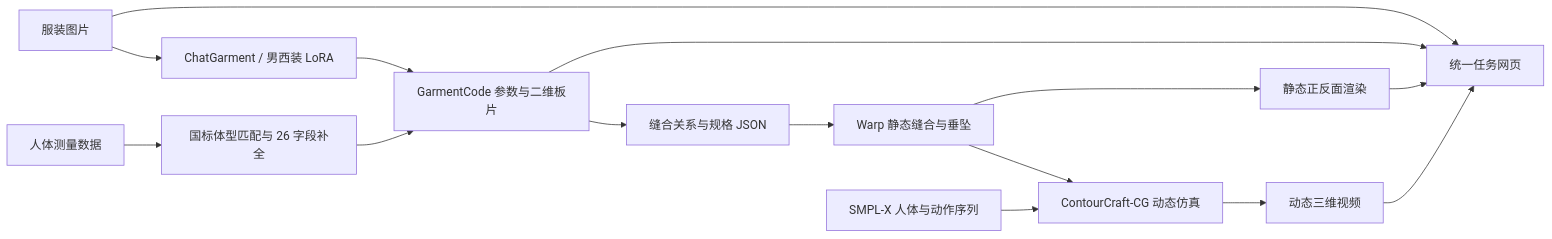
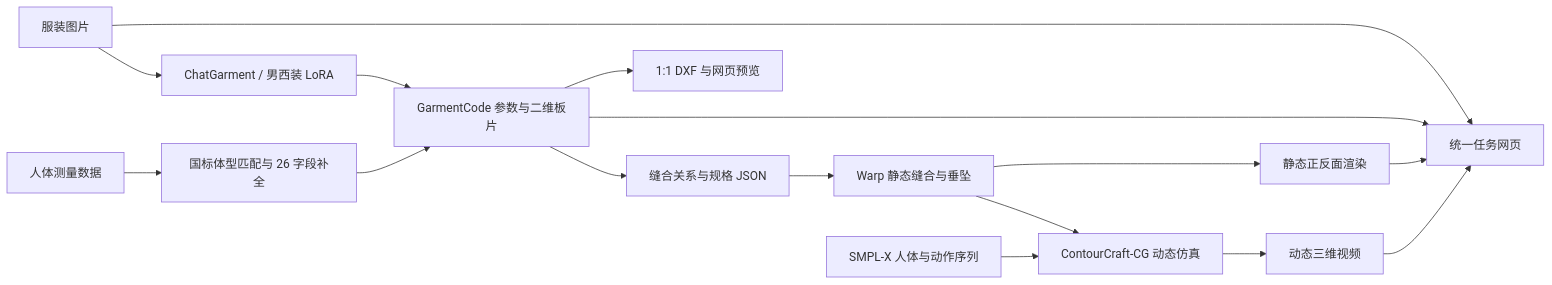
One commit to renyvtao/AI-Garment-Pattern-3D-Demo changed the diagram in README.md. Above: the diagram before and after it, drawn with Mermaid. The commit also changed other lines of this file and 8 other files, not shown here.

````diff
--- a/README.md
+++ b/README.md
@@ -50,17 +53,18 @@
 ```mermaid
 flowchart LR
     A["服装图片"] --> B["ChatGarment / 男西装 LoRA"]
     M["人体测量数据"] --> N["国标体型匹配与 26 字段补全"]
     B --> C["GarmentCode 参数与二维板片"]
     N --> C
     C --> D["缝合关系与规格 JSON"]
+    C --> X["1:1 DXF 与网页预览"]
     D --> E["Warp 静态缝合与垂坠"]
     E --> F["静态正反面渲染"]
     E --> G["ContourCraft-CG 动态仿真"]
     H["SMPL-X 人体与动作序列"] --> G
     G --> I["动态三维视频"]
     A --> J["统一任务网页"]
     C --> J
     F --> J
     I --> J
 ```
````
